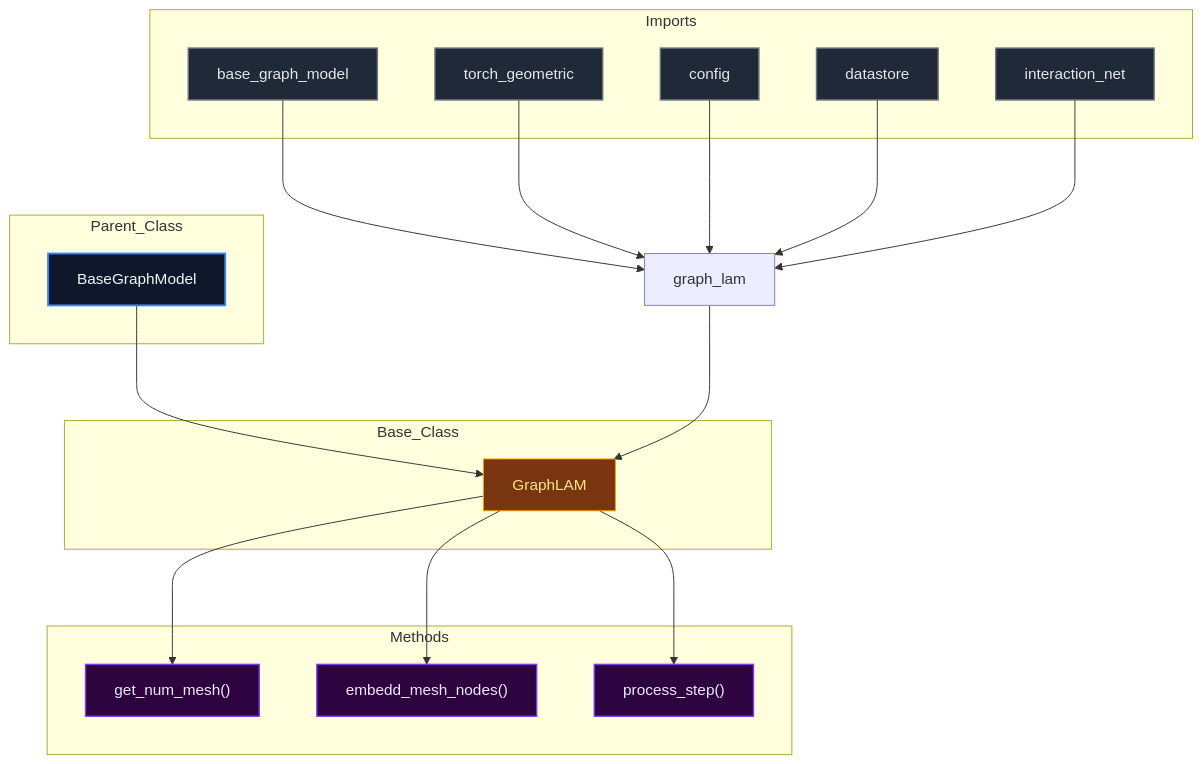
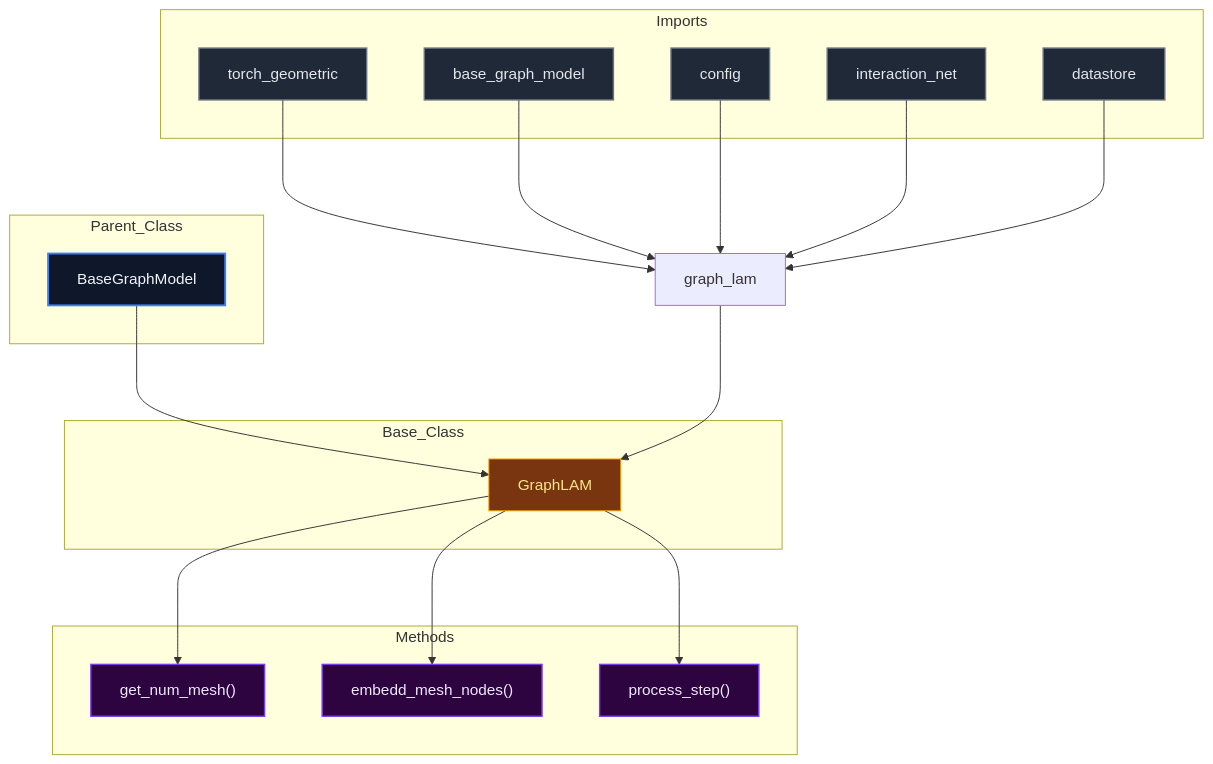
One commit to mllam/neural-lam changed the diagram in docs/diagrams/graph_lam_diagram.md. Above: the diagram before and after it, drawn with Mermaid. The commit also changed 19 other files, not shown here.

Commit message:
Auto-update Mermaid diagrams

````diff
--- a/docs/diagrams/graph_lam_diagram.md
+++ b/docs/diagrams/graph_lam_diagram.md
@@ -1,52 +1,52 @@
 ```mermaid
 %%{init: {'flowchart': {'nodeSpacing': 60, 'rankSpacing': 80}}}%%
 flowchart TD
 
 module["graph_lam"]
 
 subgraph Parent_Class
     BaseGraphModel["BaseGraphModel"]
 end
 
 subgraph Base_Class
     GraphLAM["GraphLAM"]
 end
 
     BaseGraphModel --> GraphLAM
 
 subgraph Imports
+    torch_geometric["torch_geometric"]
     base_graph_model["base_graph_model"]
-    torch_geometric["torch_geometric"]
     config["config"]
+    interaction_net["interaction_net"]
     datastore["datastore"]
-    interaction_net["interaction_net"]
 end
 
+    torch_geometric --> module
     base_graph_model --> module
-    torch_geometric --> module
     config --> module
+    interaction_net --> module
     datastore --> module
-    interaction_net --> module
     module --> GraphLAM
 
 subgraph Methods
     GraphLAM_get_num_mesh["get_num_mesh()"]
     GraphLAM_embedd_mesh_nodes["embedd_mesh_nodes()"]
     GraphLAM_process_step["process_step()"]
 end
 
     GraphLAM --> GraphLAM_get_num_mesh
     GraphLAM --> GraphLAM_embedd_mesh_nodes
     GraphLAM --> GraphLAM_process_step
 
 classDef parent fill:#0f172a,stroke:#3b82f6,stroke-width:2px,color:#f1f5f9,font-size:16px
 classDef base fill:#78350f,stroke:#f59e0b,stroke-width:1px,color:#fde68a,font-size:16px
 classDef import fill:#1f2937,stroke:#6b7280,stroke-width:1.5px,color:#e5e7eb,font-size:16px
 classDef method fill:#2d043f,stroke:#7c3aed,stroke-width:1.5px,color:#ede9fe,font-size:16px
 classDef callNode fill:#064e3b,stroke:#10b981,stroke-width:1.5px,color:#d1fae5,font-size:16px
 class BaseGraphModel parent
 class GraphLAM base
-class base_graph_model,torch_geometric,config,datastore,interaction_net import
+class torch_geometric,base_graph_model,config,interaction_net,datastore import
 class GraphLAM_get_num_mesh,GraphLAM_embedd_mesh_nodes,GraphLAM_process_step method
 
 ```
````
